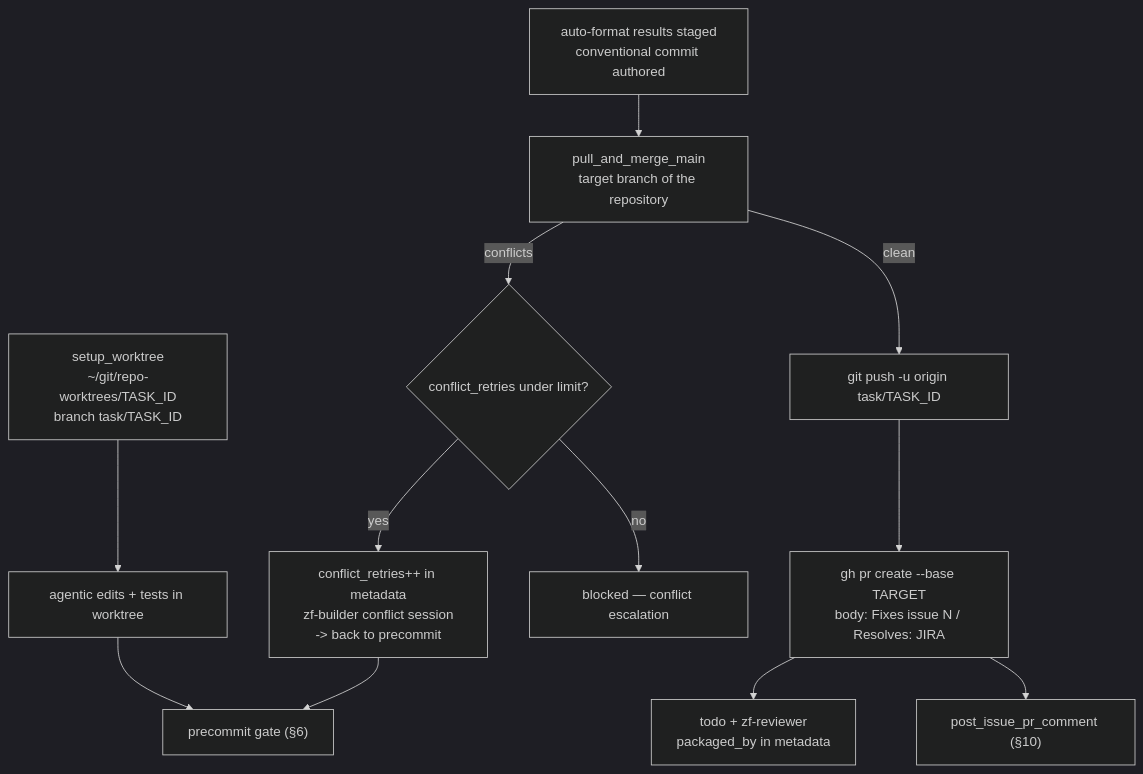
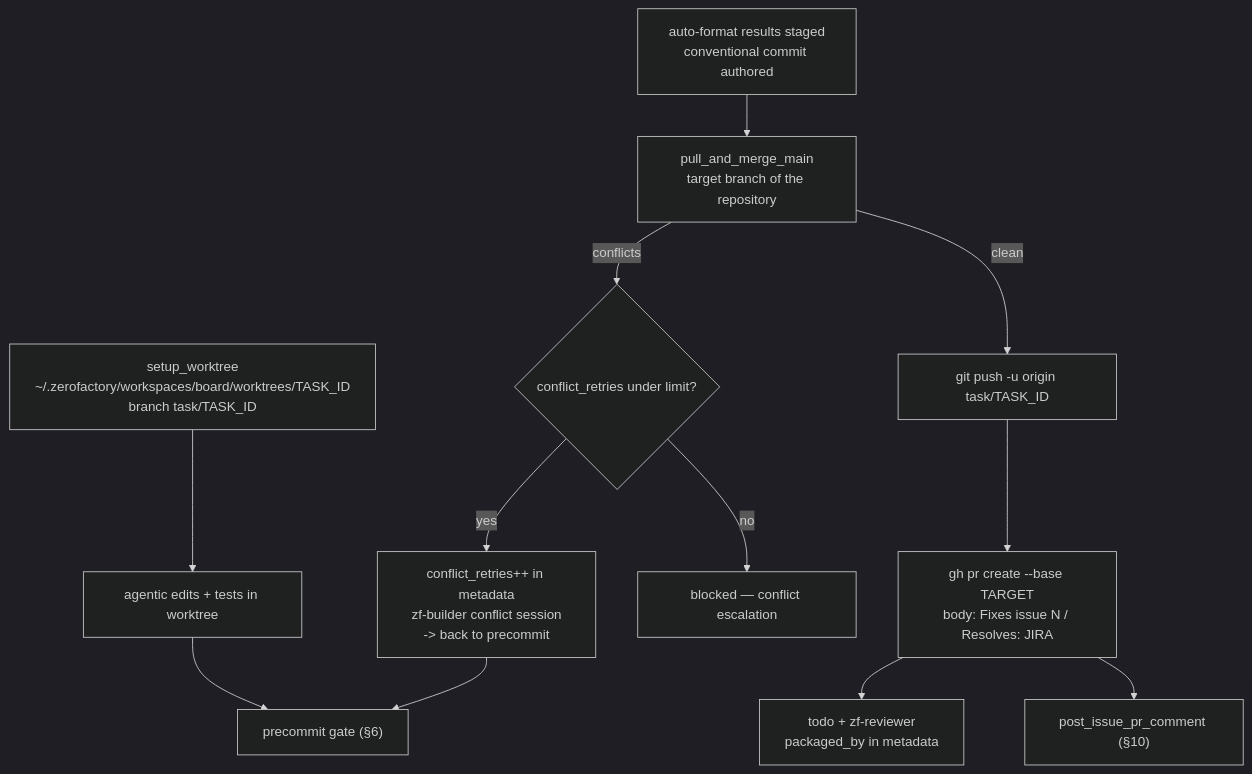
One commit to hotcode-dev/zerofactory changed the seventh of 11 diagrams in docs/FLOWS.md. Above: the diagram before and after it, drawn with Mermaid (dark theme). The commit also changed other lines of this file and 17 other files, not shown here.

Commit message:
refactor: migrate repository and worktree paths to centralized .zerofactory/workspaces structure

````diff
--- a/docs/FLOWS.md
+++ b/docs/FLOWS.md
@@ -345,15 +345,15 @@
 ```mermaid
 flowchart TD
-    W["setup_worktree<br/>~/git/repo-worktrees/TASK_ID<br/>branch task/TASK_ID"] --> WORK["agentic edits + tests in worktree"]
+    W["setup_worktree<br/>~/.zerofactory/workspaces/board/worktrees/TASK_ID<br/>branch task/TASK_ID"] --> WORK["agentic edits + tests in worktree"]
     WORK --> PRE["precommit gate (§6)"]
     STAGE["auto-format results staged<br/>conventional commit authored"]
     STAGE --> MERGE["pull_and_merge_main<br/>target branch of the repository"]
     MERGE -->|conflicts| CF{"conflict_retries under limit?"}
     CF -->|yes| CFB["conflict_retries++ in metadata<br/>zf-builder conflict session<br/>-> back to precommit"]
     CFB --> PRE
     CF -->|no| CFE["blocked — conflict escalation"]
     MERGE -->|clean| PUSH["git push -u origin task/TASK_ID"]
     PUSH --> PRC["gh pr create --base TARGET<br/>body: Fixes issue N / Resolves: JIRA"]
     PRC --> RR["todo + zf-reviewer<br/>packaged_by in metadata"]
     PRC --> IRE["post_issue_pr_comment (§10)"]
 ```
````
